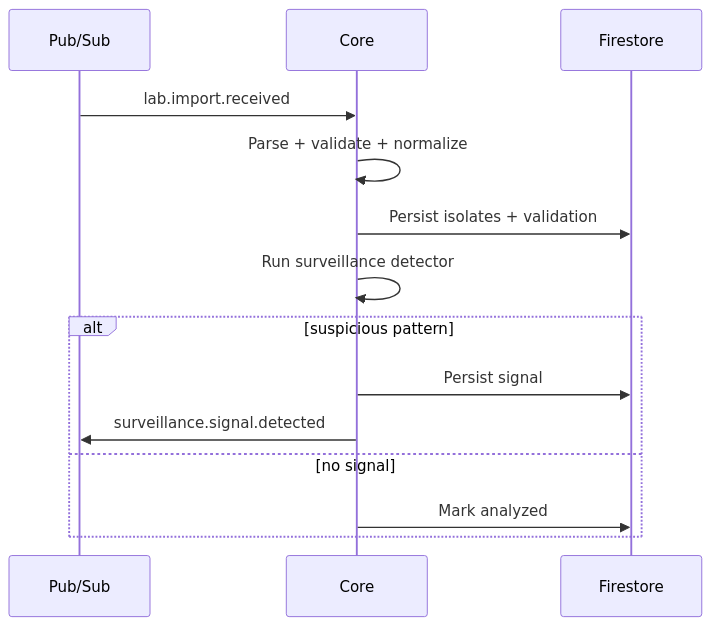
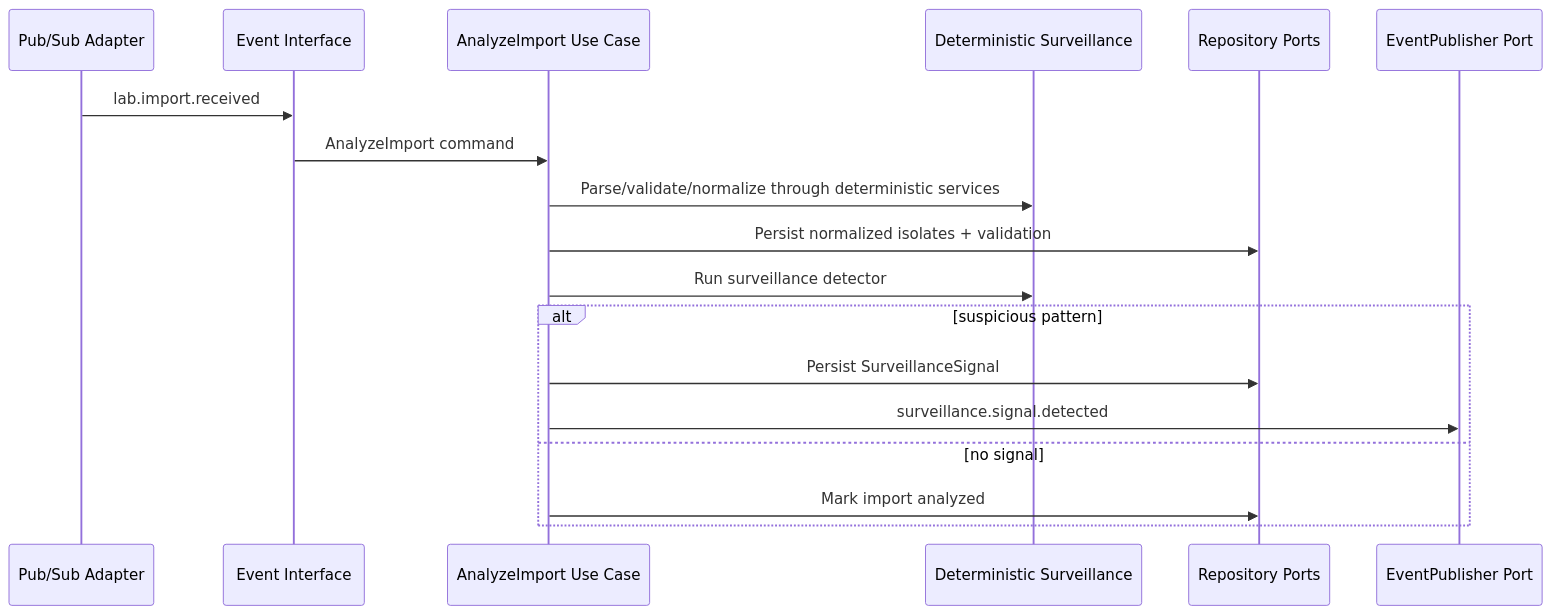
The fifth of 8 diagrams in docs/SYSTEM_DESIGN.md (ronnielutaro/Ngabo-AMR-Surveillance), drawn with Mermaid before and after one commit. The commit also changed other lines of this file, not shown here.

Commit message:
docs(architecture): apply clean architecture to system design

````diff
--- a/docs/SYSTEM_DESIGN.md
+++ b/docs/SYSTEM_DESIGN.md
@@ -113,18 +243,22 @@
 ```mermaid
 sequenceDiagram
-    participant Bus as Pub/Sub
-    participant Core
-    participant DB as Firestore
+    participant Bus as Pub/Sub Adapter
+    participant Handler as Event Interface
+    participant App as AnalyzeImport Use Case
+    participant Domain as Deterministic Surveillance
+    participant Repo as Repository Ports
+    participant Events as EventPublisher Port
 
-    Bus->>Core: lab.import.received
-    Core->>Core: Parse + validate + normalize
-    Core->>DB: Persist isolates + validation
-    Core->>Core: Run surveillance detector
+    Bus->>Handler: lab.import.received
+    Handler->>App: AnalyzeImport command
+    App->>Domain: Parse/validate/normalize through deterministic services
+    App->>Repo: Persist normalized isolates + validation
+    App->>Domain: Run surveillance detector
 
     alt suspicious pattern
-        Core->>DB: Persist signal
-        Core->>Bus: surveillance.signal.detected
+        App->>Repo: Persist SurveillanceSignal
+        App->>Events: surveillance.signal.detected
     else no signal
-        Core->>DB: Mark analyzed
+        App->>Repo: Mark import analyzed
     end
 ```
````
